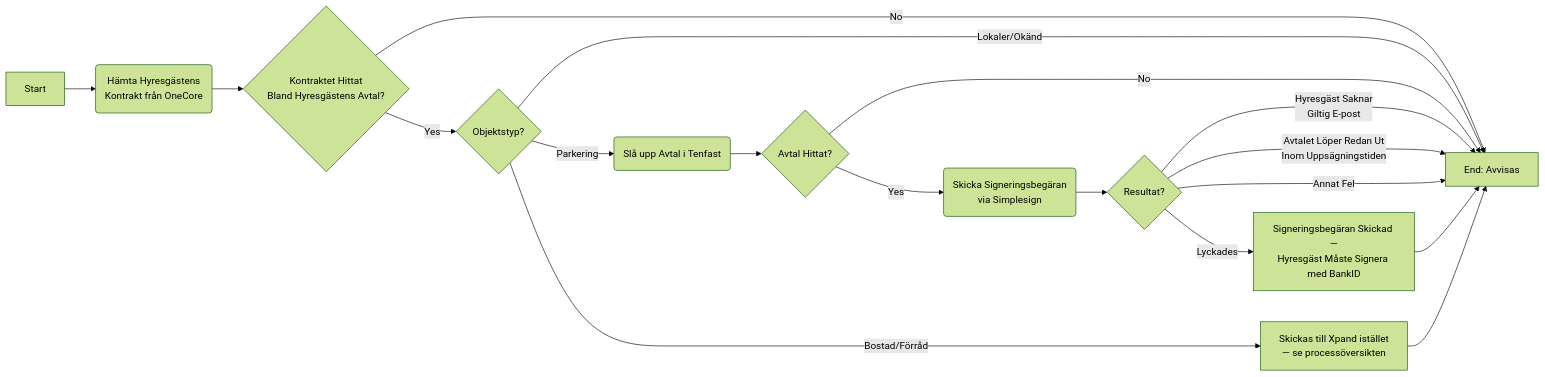
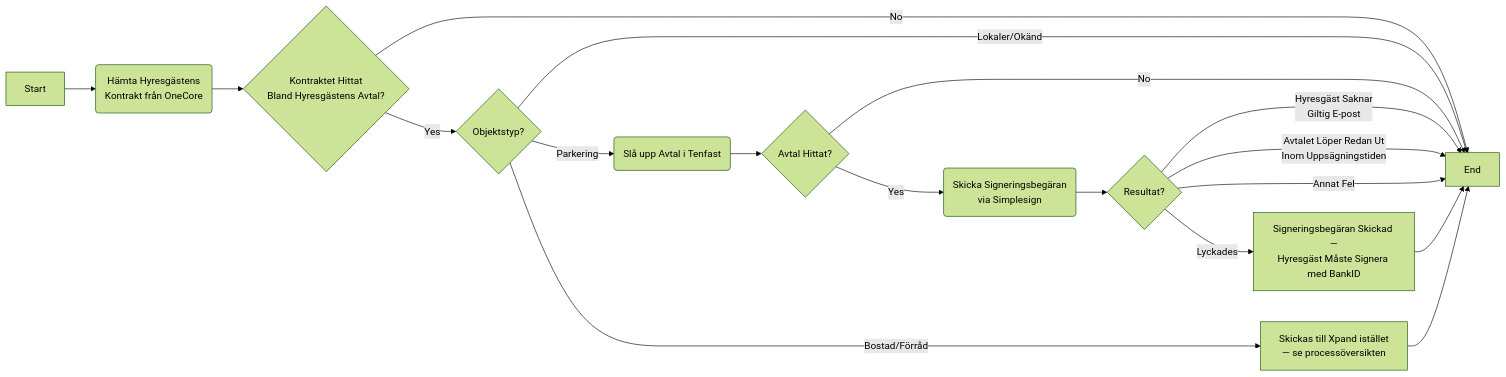
Before and after one commit to Bostads-AB-Mimer/onecore: the first of 2 diagrams in core/src/processes/leasetermination/DOCS_Preliminary_Terminate_Lease.md, drawn with Mermaid (forest theme). The commit also changed 2 other files, not shown here.

Commit message:
Docs: address Linda's review feedback on the lease termination PR
- Flowchart: the two non-rejection outcomes (signing request sent,
  routed to Xpand) were merging into the same "End: Avvisas" node as
  the actual rejection paths. Renamed to a neutral "End", matching the
  convention already used in the other process docs (e.g. home
  insurance) where a single End node covers every outcome.
- Sequence diagrams: corrected the checkpoint-save annotation in both
  Xpand sync docs — saveLastTimestamp runs unconditionally after each
  row (it's outside the try/catch), not only after a successful sync.
  Retries happen via the separate failed-rows queue, not by the
  checkpoint staying behind a failed row.

````diff
--- a/core/src/processes/leasetermination/DOCS_Preliminary_Terminate_Lease.md
+++ b/core/src/processes/leasetermination/DOCS_Preliminary_Terminate_Lease.md
@@ -11,20 +11,20 @@
 ```mermaid
 flowchart LR
 A[Start] --> B(Hämta Hyresgästens<br/>Kontrakt från OneCore)
 B --> Bo{Kontraktet Hittat<br/>Bland Hyresgästens Avtal?}
-Bo --> |No| O[End: Avvisas]
+Bo --> |No| O[End]
 Bo --> |Yes| C{Objektstyp?}
 C --> |Lokaler/Okänd| O
 C --> |Bostad/Förråd| X[Skickas till Xpand istället<br/>— se processöversikten]
 C --> |Parkering| D(Slå upp Avtal i Tenfast)
 D --> Do{Avtal Hittat?}
 Do --> |No| O
 Do --> |Yes| E(Skicka Signeringsbegäran<br/>via Simplesign)
 E --> Eo{Resultat?}
 Eo --> |Hyresgäst Saknar<br/>Giltig E-post| O
 Eo --> |Avtalet Löper Redan Ut<br/>Inom Uppsägningstiden| O
 Eo --> |Annat Fel| O
 Eo --> |Lyckades| F[Signeringsbegäran Skickad —<br/>Hyresgäst Måste Signera med BankID]
 F --> O
 X --> O
 ```
````
